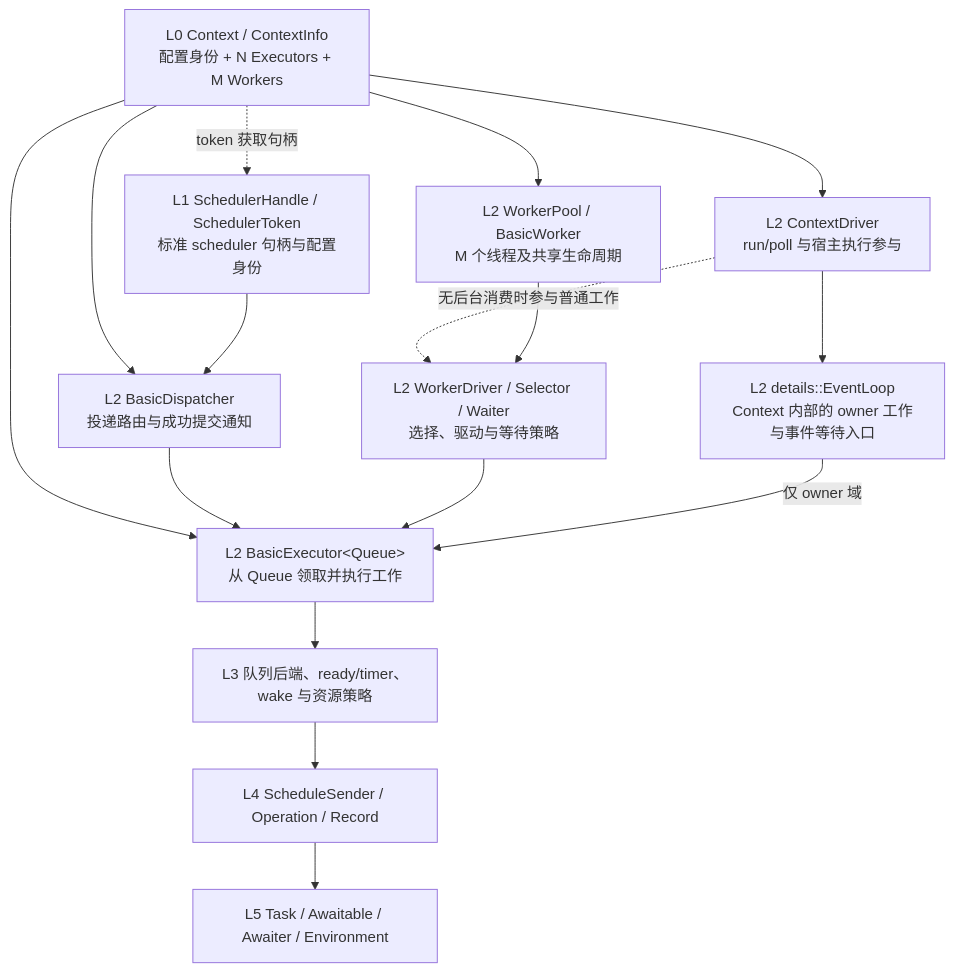
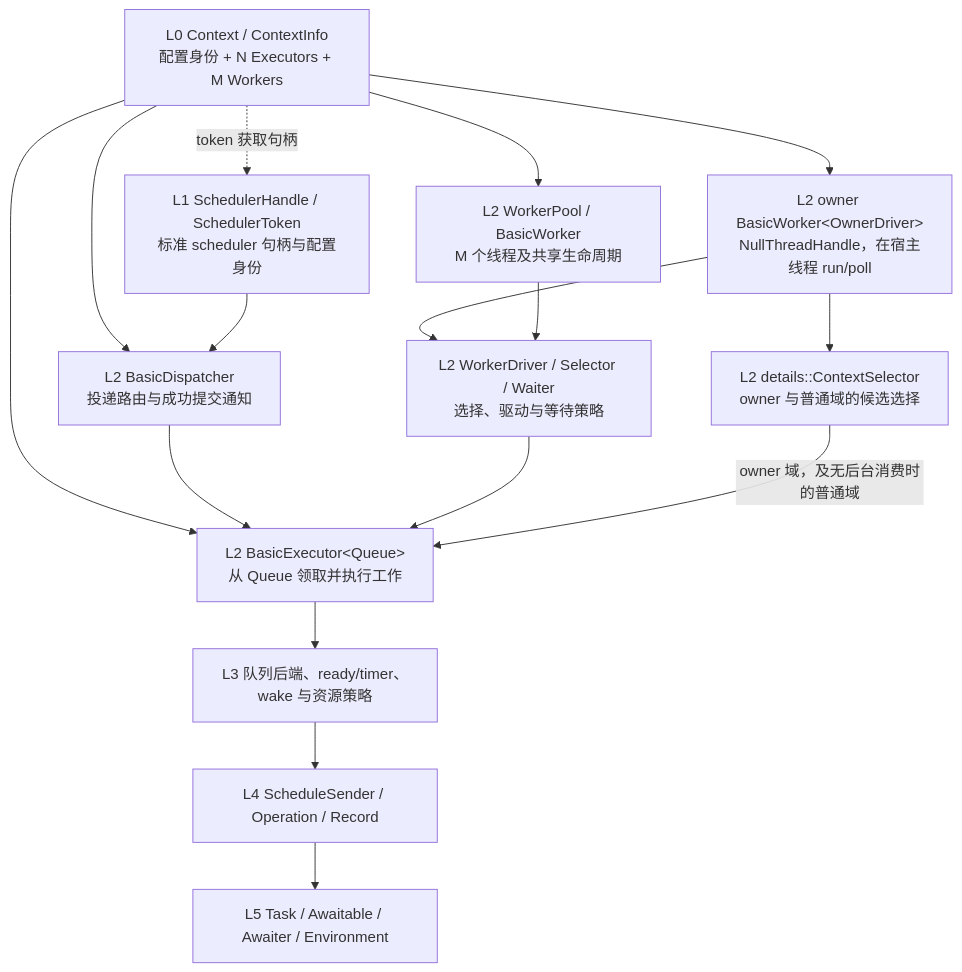
The second of 4 diagrams in CORE_DESIGN.md (mmmmmcree/async), drawn with Mermaid before and after one commit. The commit also changed other lines of this file and 20 other files, not shown here.

````diff
--- a/CORE_DESIGN.md
+++ b/CORE_DESIGN.md
@@ -166,29 +177,29 @@
 ```mermaid
 flowchart TB
     C["L0 Context / ContextInfo<br/>配置身份 + N Executors + M Workers"]
     S["L1 SchedulerHandle / SchedulerToken<br/>标准 scheduler 句柄与配置身份"]
     D["L2 BasicDispatcher<br/>投递路由与成功提交通知"]
     E["L2 BasicExecutor&lt;Queue&gt;<br/>从 Queue 领取并执行工作"]
     W["L2 WorkerPool / BasicWorker<br/>M 个线程及共享生命周期"]
     WD["L2 WorkerDriver / Selector / Waiter<br/>选择、驱动与等待策略"]
-    H["L2 ContextDriver<br/>run/poll 与宿主执行参与"]
+    H["L2 owner BasicWorker&lt;OwnerDriver&gt;<br/>NullThreadHandle，在宿主线程 run/poll"]
+    CS["L2 details::ContextSelector<br/>owner 与普通域的候选选择"]
     P["L3 队列后端、ready/timer、wake 与资源策略"]
     O["L4 ScheduleSender / Operation / Record"]
     T["L5 Task / Awaitable / Awaiter / Environment"]
     C --> E
     C --> W
     C --> D
     C --> H
-    L["L2 details::EventLoop<br/>Context 内部的 owner 工作与事件等待入口"]
-    H --> L
-    H -.->|"无后台消费时参与普通工作"| WD
+    H --> WD
+    H --> CS
     C -.->|"token 获取句柄"| S
     S --> D
     D --> E
     W --> WD
     WD --> E
-    L -->|"仅 owner 域"| E
+    CS -->|"owner 域，及无后台消费时的普通域"| E
     E --> P
     P --> O
     O --> T
 ```
````
